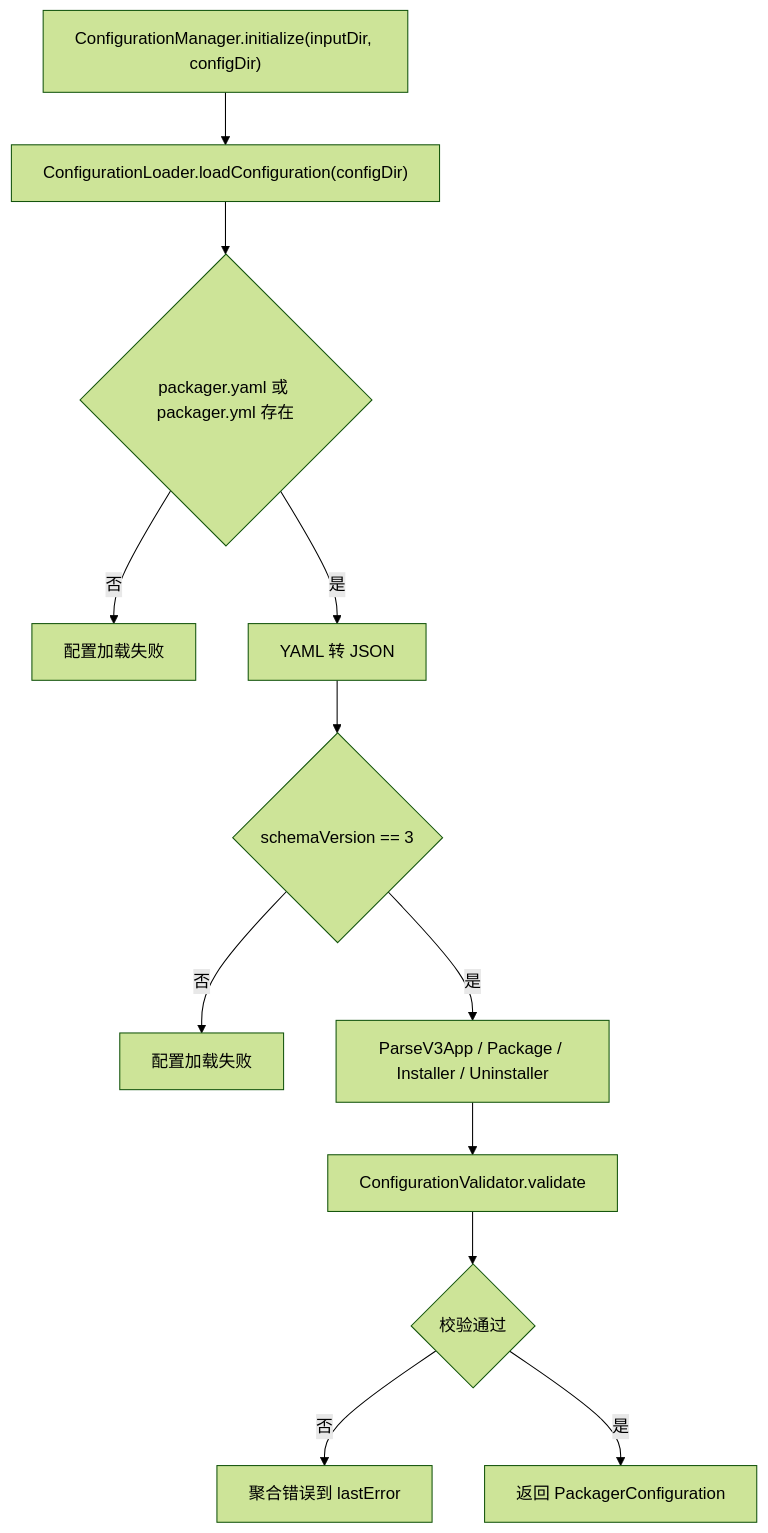
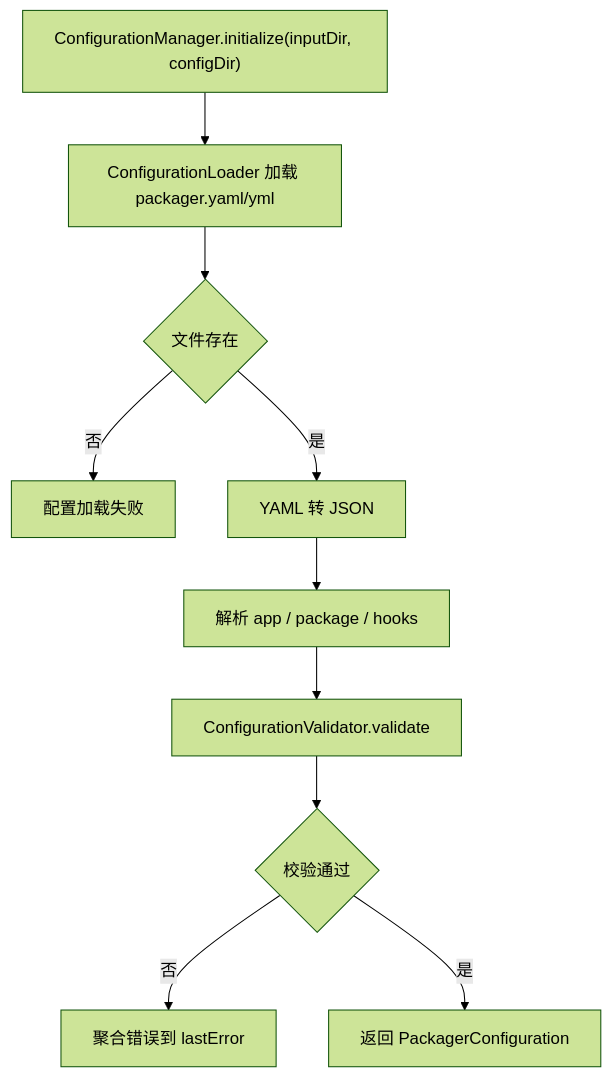
One commit to lu020218/Multi-Threaded_Installer changed the second of 6 diagrams in docs/打包器流程图.md. Above: the diagram before and after it, drawn with Mermaid (forest theme). The commit also changed other lines of this file and 78 other files, not shown here.

````diff
--- a/docs/打包器流程图.md
+++ b/docs/打包器流程图.md
@@ -31,14 +32,12 @@
 ```mermaid
 flowchart TD
-    A["ConfigurationManager.initialize(inputDir, configDir)"] --> B["ConfigurationLoader.loadConfiguration(configDir)"]
-    B --> C{"packager.yaml 或 packager.yml 存在"}
+    A["ConfigurationManager.initialize(inputDir, configDir)"] --> B["ConfigurationLoader 加载 packager.yaml/yml"]
+    B --> C{"文件存在"}
     C -->|否| C1["配置加载失败"]
     C -->|是| D["YAML 转 JSON"]
-    D --> E{"schemaVersion == 3"}
-    E -->|否| E1["配置加载失败"]
-    E -->|是| F["ParseV3App / Package / Installer / Uninstaller"]
-    F --> G["ConfigurationValidator.validate"]
-    G --> H{"校验通过"}
-    H -->|否| H1["聚合错误到 lastError"]
-    H -->|是| I["返回 PackagerConfiguration"]
+    D --> E["解析 app / package / hooks"]
+    E --> F["ConfigurationValidator.validate"]
+    F --> G{"校验通过"}
+    G -->|否| G1["聚合错误到 lastError"]
+    G -->|是| H["返回 PackagerConfiguration"]
 ```
````
